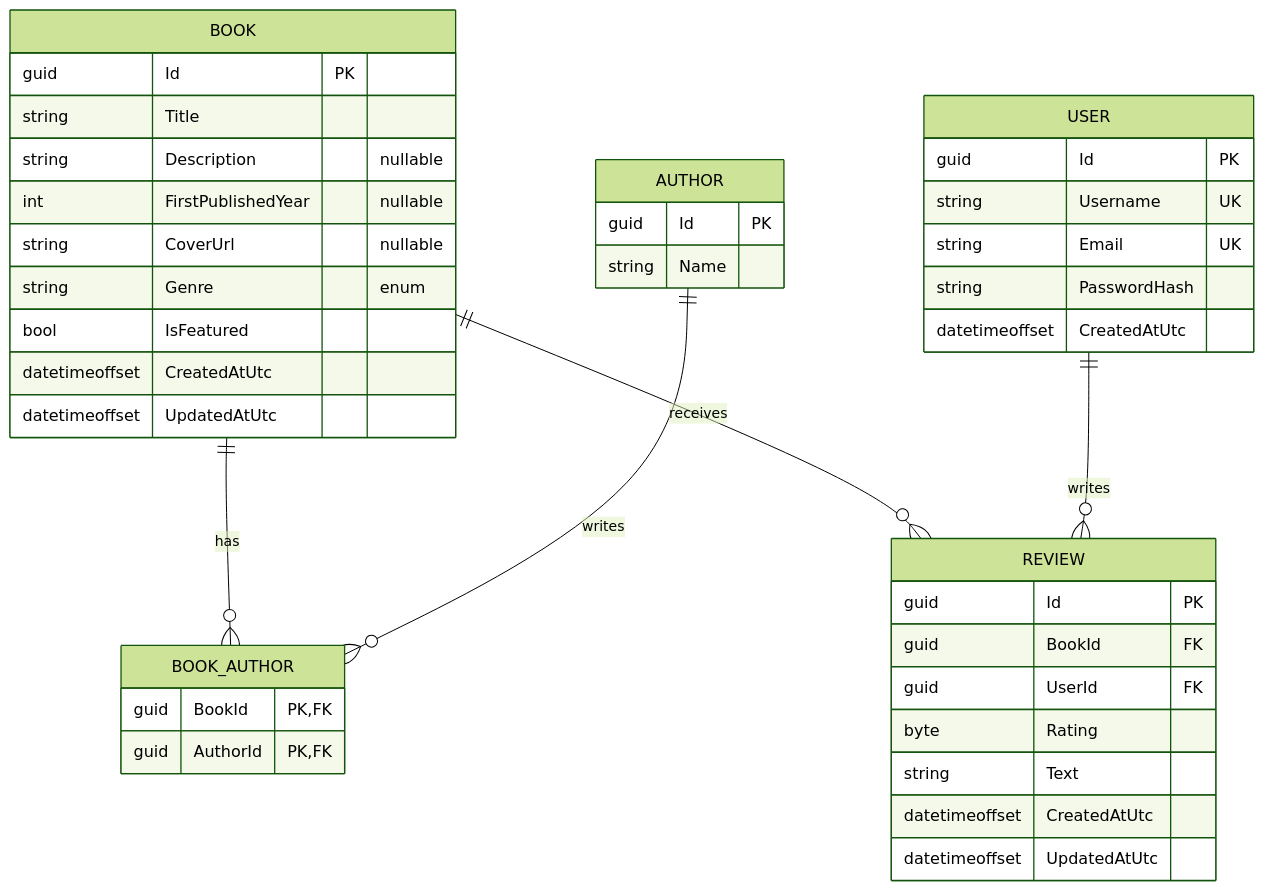
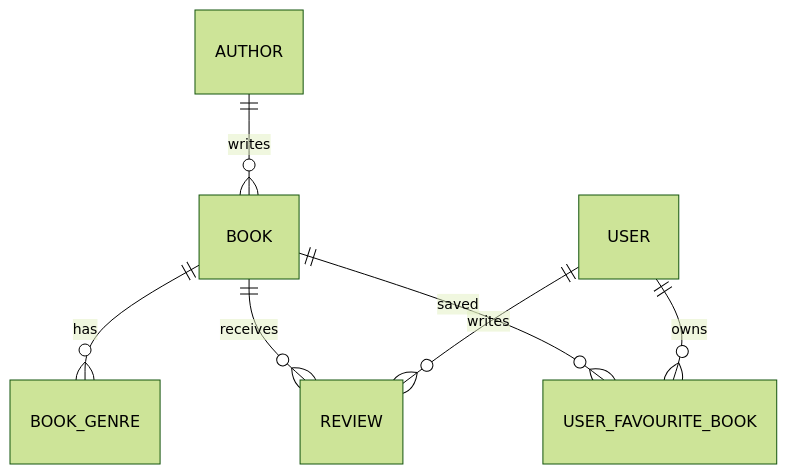
One commit to HNikolov04/bookhaven changed the diagram in implementation.md. Above: the diagram before and after it, drawn with Mermaid (forest theme). The commit also changed other lines of this file and 104 other files, not shown here.

````diff
--- a/implementation.md
+++ b/implementation.md
@@ -54,43 +32,9 @@
 ```mermaid
 erDiagram
-    BOOK ||--o{ BOOK_AUTHOR : has
-    AUTHOR ||--o{ BOOK_AUTHOR : writes
+    AUTHOR ||--o{ BOOK : writes
+    BOOK ||--o{ BOOK_GENRE : has
     BOOK ||--o{ REVIEW : receives
     USER ||--o{ REVIEW : writes
-
-    BOOK {
-        guid Id PK
-        string Title
-        string Description "nullable"
-        int FirstPublishedYear "nullable"
-        string CoverUrl "nullable"
-        string Genre "enum"
-        bool IsFeatured
-        datetimeoffset CreatedAtUtc
-        datetimeoffset UpdatedAtUtc
-    }
-    AUTHOR {
-        guid Id PK
-        string Name
-    }
-    BOOK_AUTHOR {
-        guid BookId PK,FK
-        guid AuthorId PK,FK
-    }
-    USER {
-        guid Id PK
-        string Username UK
-        string Email UK
-        string PasswordHash
-        datetimeoffset CreatedAtUtc
-    }
-    REVIEW {
-        guid Id PK
-        guid BookId FK
-        guid UserId FK
-        byte Rating
-        string Text
-        datetimeoffset CreatedAtUtc
-        datetimeoffset UpdatedAtUtc
-    }
+    BOOK ||--o{ USER_FAVOURITE_BOOK : saved
+    USER ||--o{ USER_FAVOURITE_BOOK : owns
 ```
````
